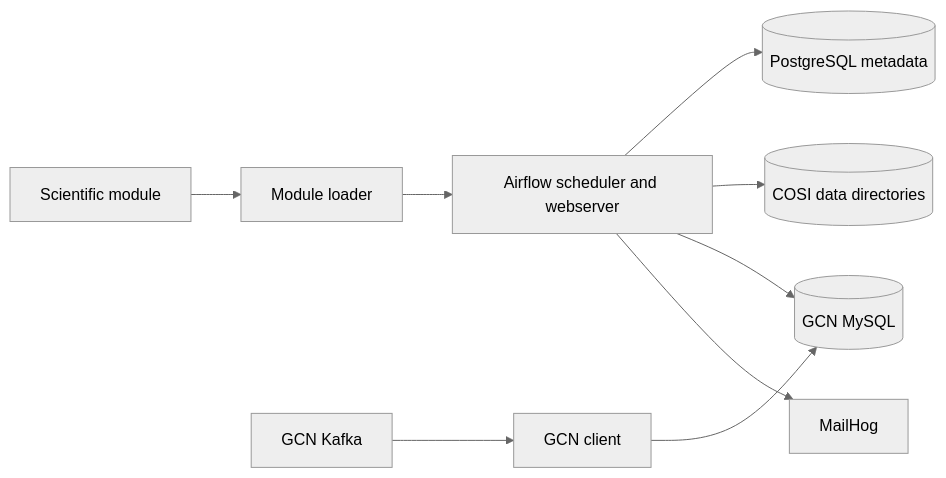
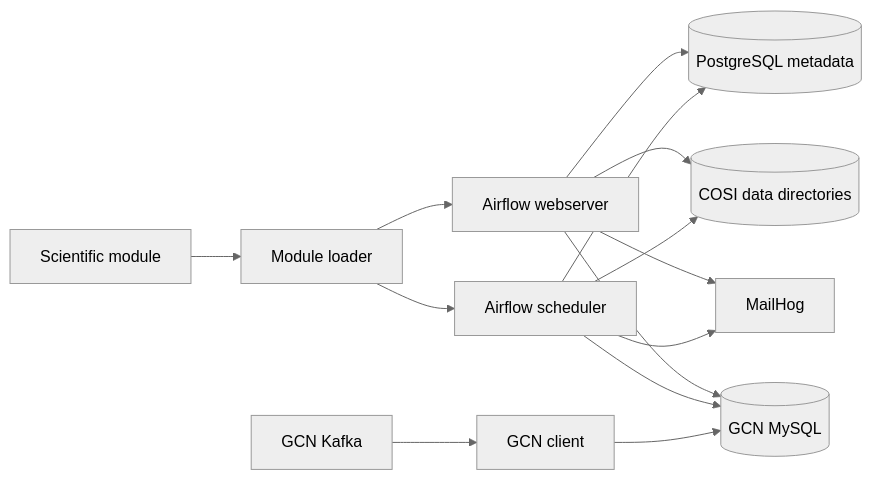
The diagram in docs/architecture/overview.md (cositools/cosiflow), drawn with Mermaid (neutral theme) before and after one commit. The commit also changed other lines of this file and 25 other files, not shown here.

First line of the commit message:
Refactor Airflow Docker setup to split webserver and scheduler services

````diff
--- a/docs/architecture/overview.md
+++ b/docs/architecture/overview.md
@@ -8,11 +8,16 @@
 ```mermaid
 flowchart LR
     module[Scientific module] --> loader[Module loader]
-    loader --> airflow[Airflow scheduler and webserver]
-    airflow --> postgres[(PostgreSQL metadata)]
-    airflow --> data[(COSI data directories)]
+    loader --> scheduler[Airflow scheduler]
+    loader --> webserver[Airflow webserver]
+    scheduler --> postgres[(PostgreSQL metadata)]
+    webserver --> postgres
+    scheduler --> data[(COSI data directories)]
+    webserver --> data
     kafka[GCN Kafka] --> client[GCN client]
     client --> mysql[(GCN MySQL)]
-    airflow --> mysql
-    airflow --> mailhog[MailHog]
+    scheduler --> mysql
+    webserver --> mysql
+    scheduler --> mailhog[MailHog]
+    webserver --> mailhog
 ```
````
